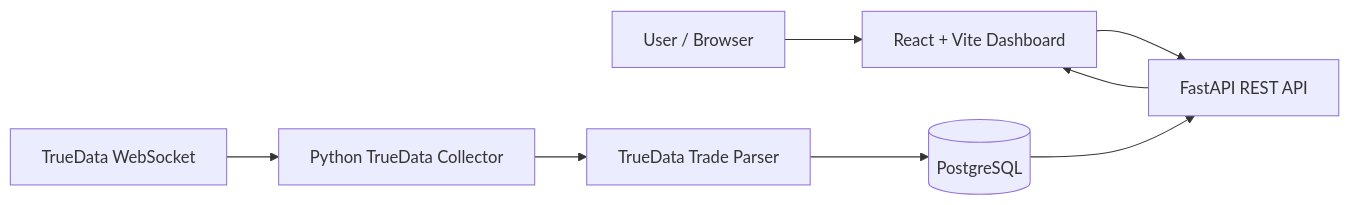
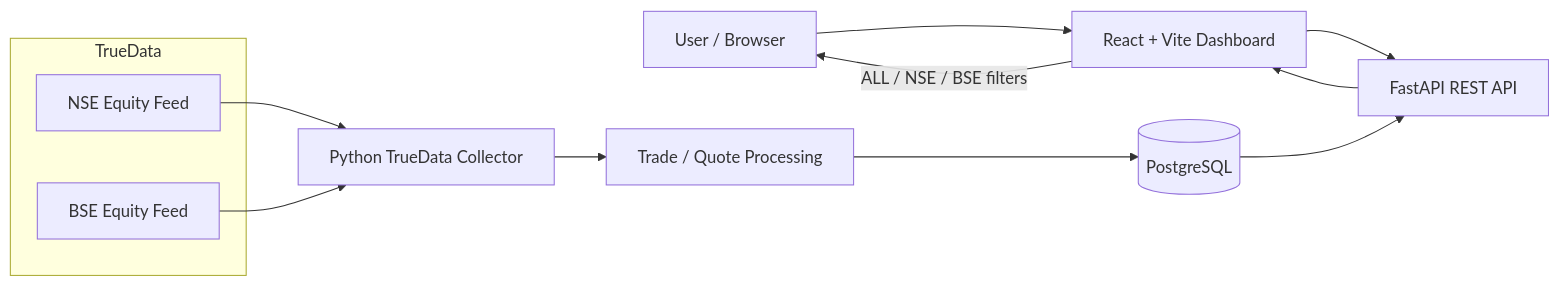
The diagram in docs/ARCHITECTURE_DIAGRAM.mmd (Deepthichintha/truedata-market-monitor), drawn with Mermaid before and after one commit.

Commit message:
docs: update architecture diagram for NSE and BSE

```diff
--- a/docs/ARCHITECTURE_DIAGRAM.mmd
+++ b/docs/ARCHITECTURE_DIAGRAM.mmd
@@ -1,16 +1,26 @@
 flowchart LR
     USER[User / Browser]
-    TD[TrueData WebSocket]
+
+    subgraph TD[TrueData]
+        NSE[NSE Equity Feed]
+        BSE[BSE Equity Feed]
+    end
+
     COL[Python TrueData Collector]
-    PARSER[TrueData Trade Parser]
+    PARSER[Trade / Quote Processing]
     DB[(PostgreSQL)]
     API[FastAPI REST API]
     UI[React + Vite Dashboard]
 
     USER --> UI
     UI --> API
-    TD --> COL
+
+    NSE --> COL
+    BSE --> COL
+
     COL --> PARSER
     PARSER --> DB
     DB --> API
     API --> UI
+
+    UI -->|ALL / NSE / BSE filters| USER
```
